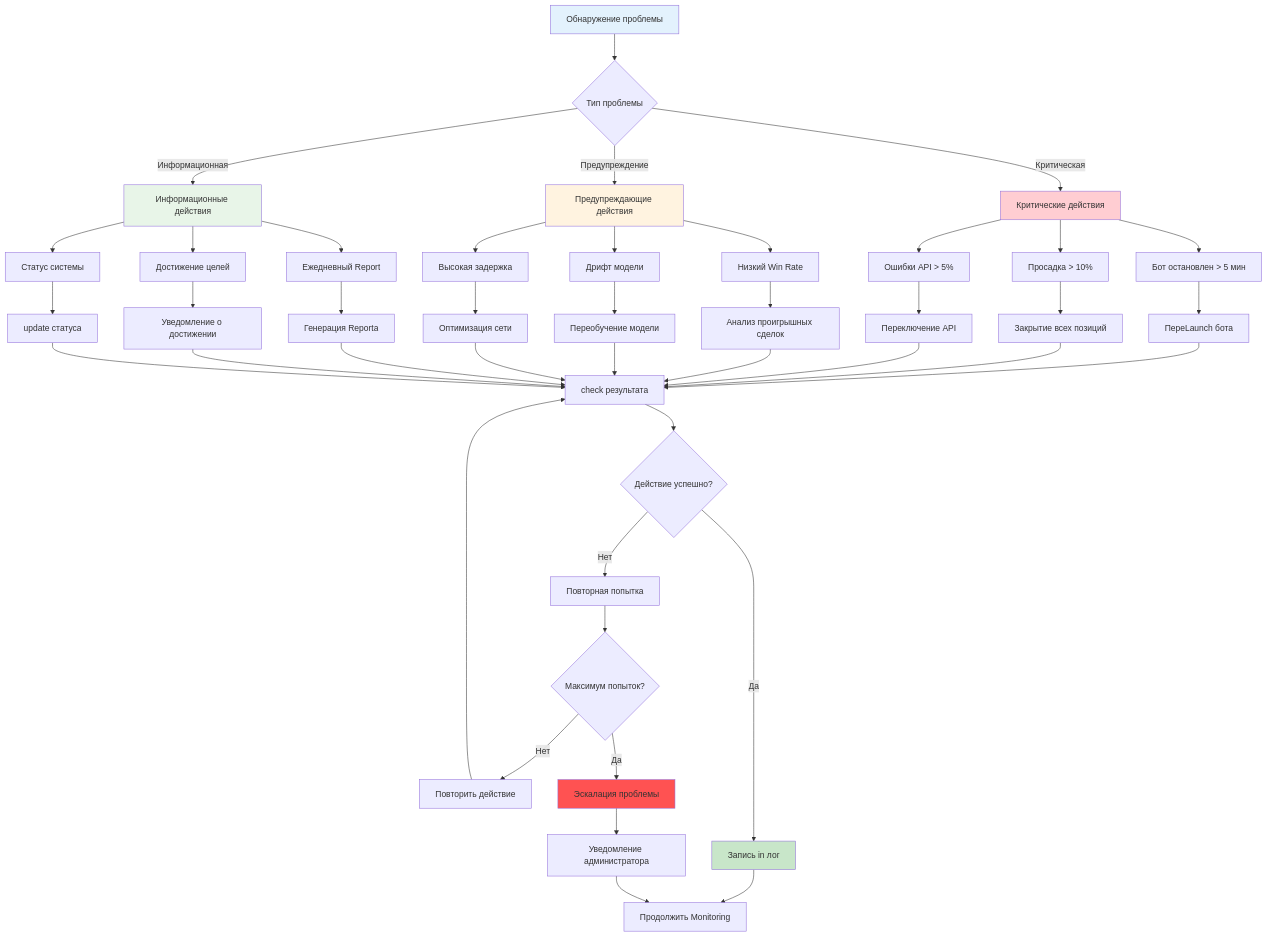
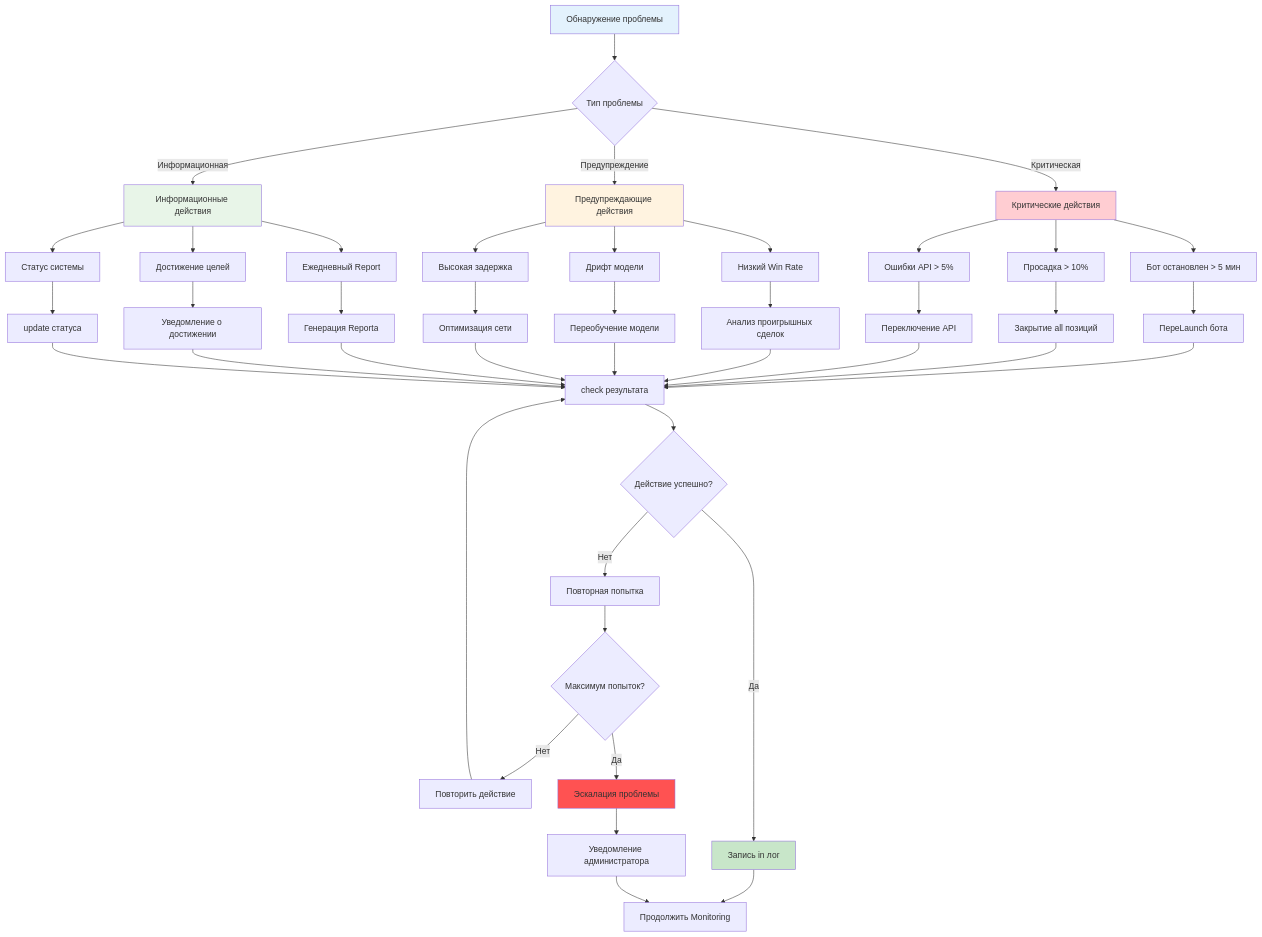
One commit to NeoZorK/neozork-hld-prediction changed the seventh of 8 diagrams in docs/automl/gluon/27_trading_bot_monitoring.md. Above: the diagram before and after it, drawn with Mermaid. The commit also changed other lines of this file and 104 other files, not shown here.

````diff
--- a/docs/automl/gluon/27_trading_bot_monitoring.md
+++ b/docs/automl/gluon/27_trading_bot_monitoring.md
@@ -2273,63 +2273,63 @@
 ```mermaid
 graph TD
  A[Обнаружение проблемы] --> B{Тип проблемы}
 
  B -->|Критическая| C[Критические действия]
  B -->|Предупреждение| D[Предупреждающие действия]
  B -->|Информационная| E[Информационные действия]
 
  C --> C1[Бот остановлен > 5 мин]
  C --> C2[Просадка > 10%]
  C --> C3[Ошибки API > 5%]
 
  D --> D1[Низкий Win Rate]
  D --> D2[Дрифт модели]
  D --> D3[Высокая задержка]
 
  E --> E1[Ежедневный Report]
  E --> E2[Достижение целей]
  E --> E3[Статус системы]
 
  C1 --> F[ПереLaunch бота]
- C2 --> G[Закрытие всех позиций]
+ C2 --> G[Закрытие all позиций]
  C3 --> H[Переключение API]
 
  D1 --> I[Анализ проигрышных сделок]
  D2 --> J[Переобучение модели]
  D3 --> K[Оптимизация сети]
 
  E1 --> L[Генерация Reportа]
  E2 --> M[Уведомление о достижении]
  E3 --> N[update статуса]
 
  F --> O[check результата]
  G --> O
  H --> O
  I --> O
  J --> O
  K --> O
  L --> O
  M --> O
  N --> O
 
  O --> P{Действие успешно?}
  P -->|Да| Q[Запись in лог]
  P -->|Нет| R[Повторная попытка]
 
  R --> S{Максимум попыток?}
  S -->|Нет| T[Повторить действие]
  S -->|Да| U[Эскалация проблемы]
 
  T --> O
  U --> V[Уведомление администратора]
 
  Q --> W[Продолжить Monitoring]
  V --> W
 
  style A fill:#e3f2fd
  style C fill:#ffcdd2
  style D fill:#fff3e0
  style E fill:#e8f5e8
  style Q fill:#c8e6c9
  style U fill:#ff5252
 ```
````
